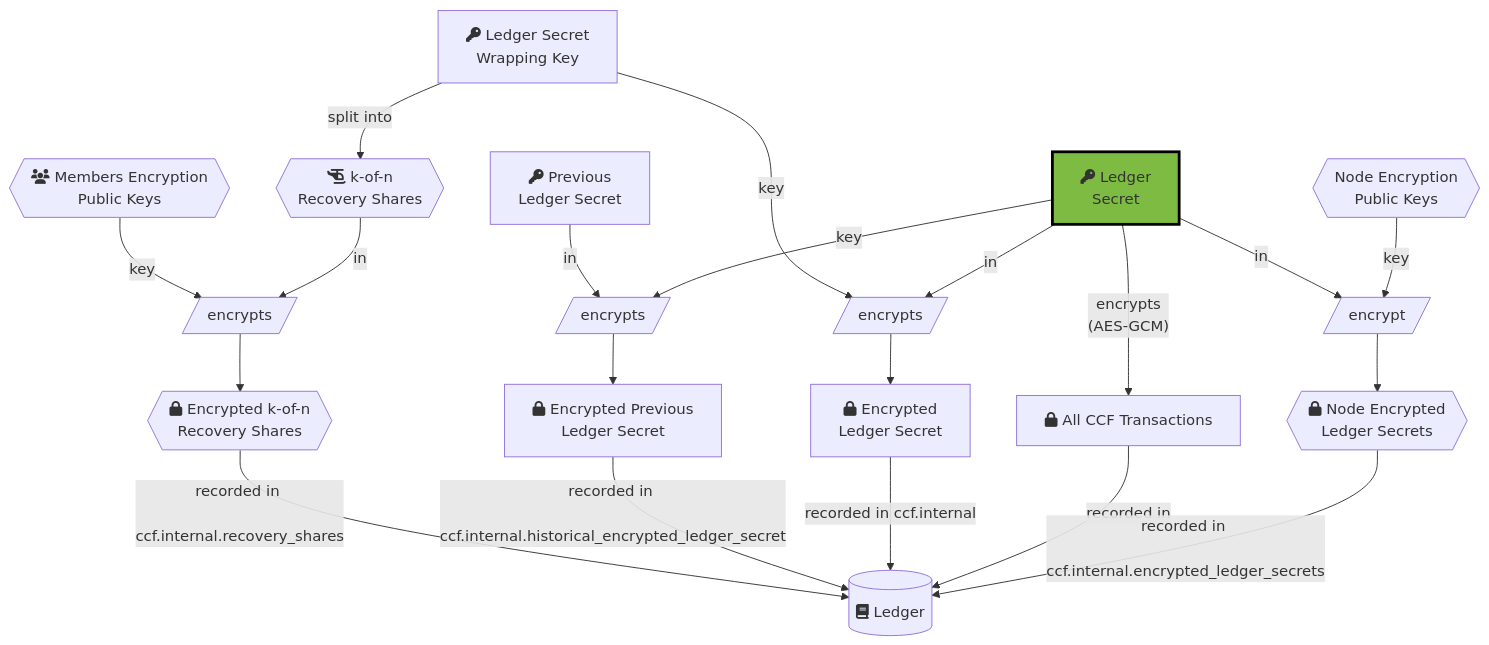
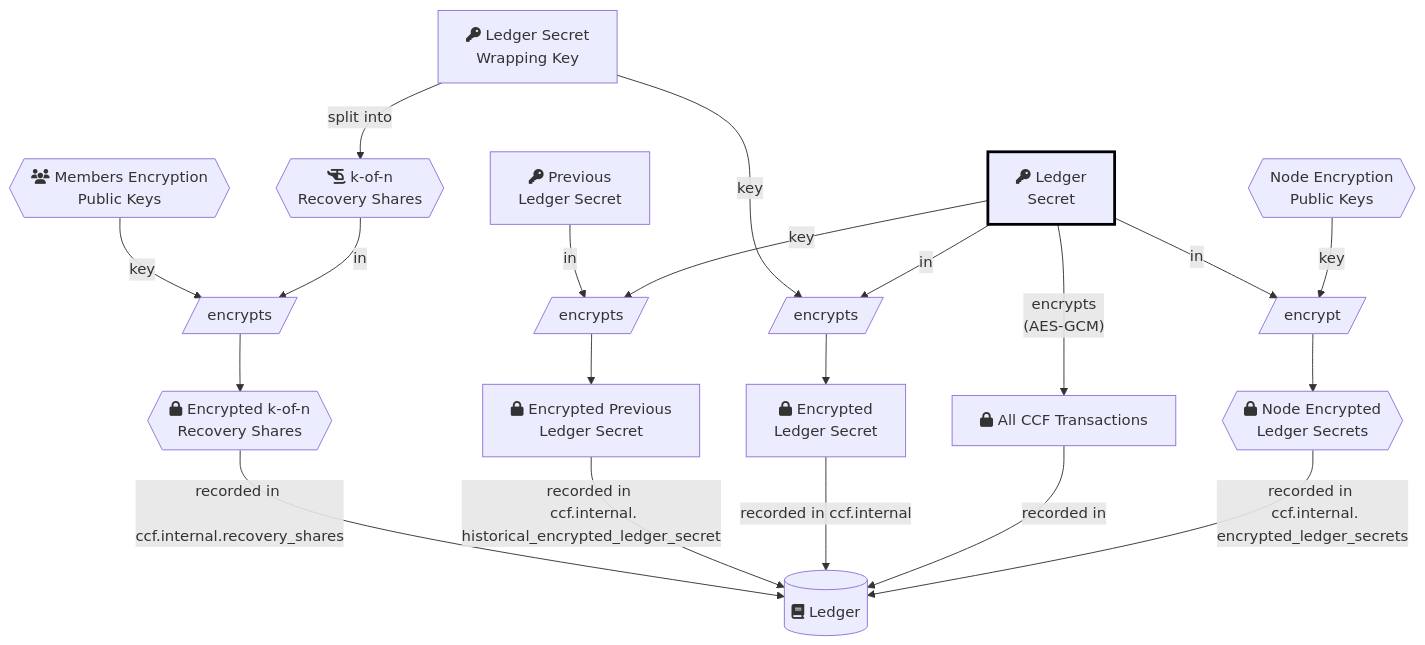
Before and after one commit to microsoft/CCF: the second of 2 diagrams in doc/overview/cryptography.rst, drawn with Mermaid. The commit also changed other lines of this file and 1 other file, not shown here.

```diff
--- a/doc/overview/cryptography.rst
+++ b/doc/overview/cryptography.rst
@@ -72,24 +74,24 @@
 .. mermaid::
 
     flowchart TB
         WrappingKey -- split into --> RecoveryShares{{fa:fa-helicopter k-of-n <br> Recovery Shares}}
         MemberPublicKeys{{fa:fa-users Members Encryption <br> Public Keys}} --key--> F[/encrypts/]
         RecoveryShares --in--> F[/encrypts/] --> EncryptedRecoveryShares{{fa:fa-lock Encrypted k-of-n <br> Recovery Shares}}
         EncryptedRecoveryShares -- recorded in <br> ccf.internal.recovery_shares --> Ledger
 
         PreviousLedgerSecret[fa:fa-key Previous <br> Ledger Secret] --in--> H[/encrypts/] --> EncryptedPreviousLedgerSecret[fa:fa-lock Encrypted Previous <br> Ledger Secret]
         LedgerSecret --key--> H[/encrypts/]
-        EncryptedPreviousLedgerSecret -- recorded in <br> ccf.internal.historical_encrypted_ledger_secret --> Ledger
+        EncryptedPreviousLedgerSecret -- recorded in <br> ccf.internal.<br>historical_encrypted_ledger_secret --> Ledger
 
         WrappingKey[fa:fa-key Ledger Secret <br> Wrapping Key] --key--> N[/encrypts/]
         LedgerSecret --in--> N[/encrypts/] --> EncryptedLedgerSecret[fa:fa-lock Encrypted <br> Ledger Secret]
         EncryptedLedgerSecret -- recorded in ccf.internal --> Ledger[(fa:fa-book Ledger)]
 
         LedgerSecret[fa:fa-key Ledger <br> Secret] -- "encrypts <br> (AES-GCM)" --> Transactions[fa:fa-lock All CCF Transactions]
-        style LedgerSecret fill:#7EBB42,stroke:black,stroke-width:3px
+        style LedgerSecret stroke:black,stroke-width:3px
         Transactions -- recorded in --> Ledger
 
         LedgerSecret --in--> K[/encrypts/] --> NodeEncryptedLedgerSecrets{{fa:fa-lock Node Encrypted Ledger Secrets}}
         NodeEncryptionPublicKeys{{Node Encryption <br> Public Keys}} --key--> K[/encrypt/]
         NodeEncryptedLedgerSecrets{{fa:fa-lock Node Encrypted <br> Ledger Secrets}}
-        NodeEncryptedLedgerSecrets -- recorded in <br> ccf.internal.encrypted_ledger_secrets --> Ledger
+        NodeEncryptedLedgerSecrets -- recorded in <br> ccf.internal.<br>encrypted_ledger_secrets --> Ledger
```
